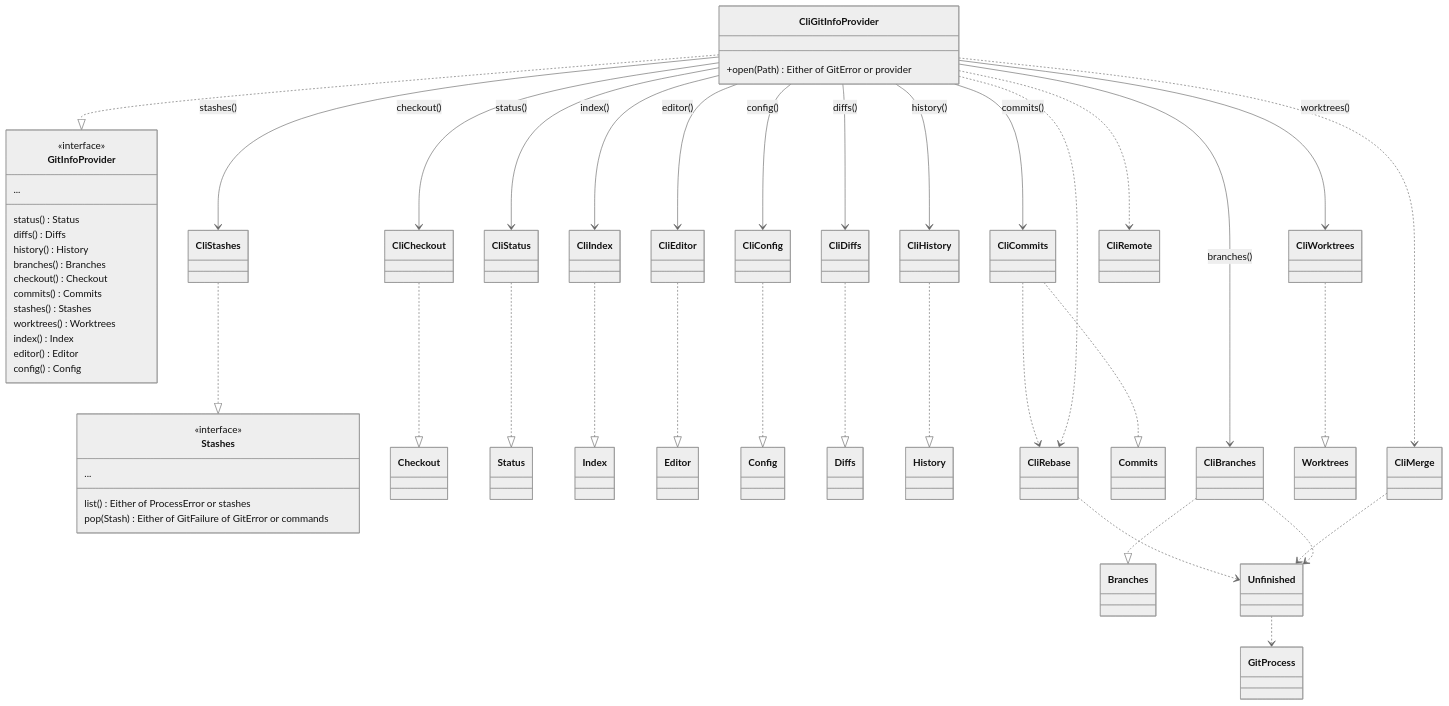
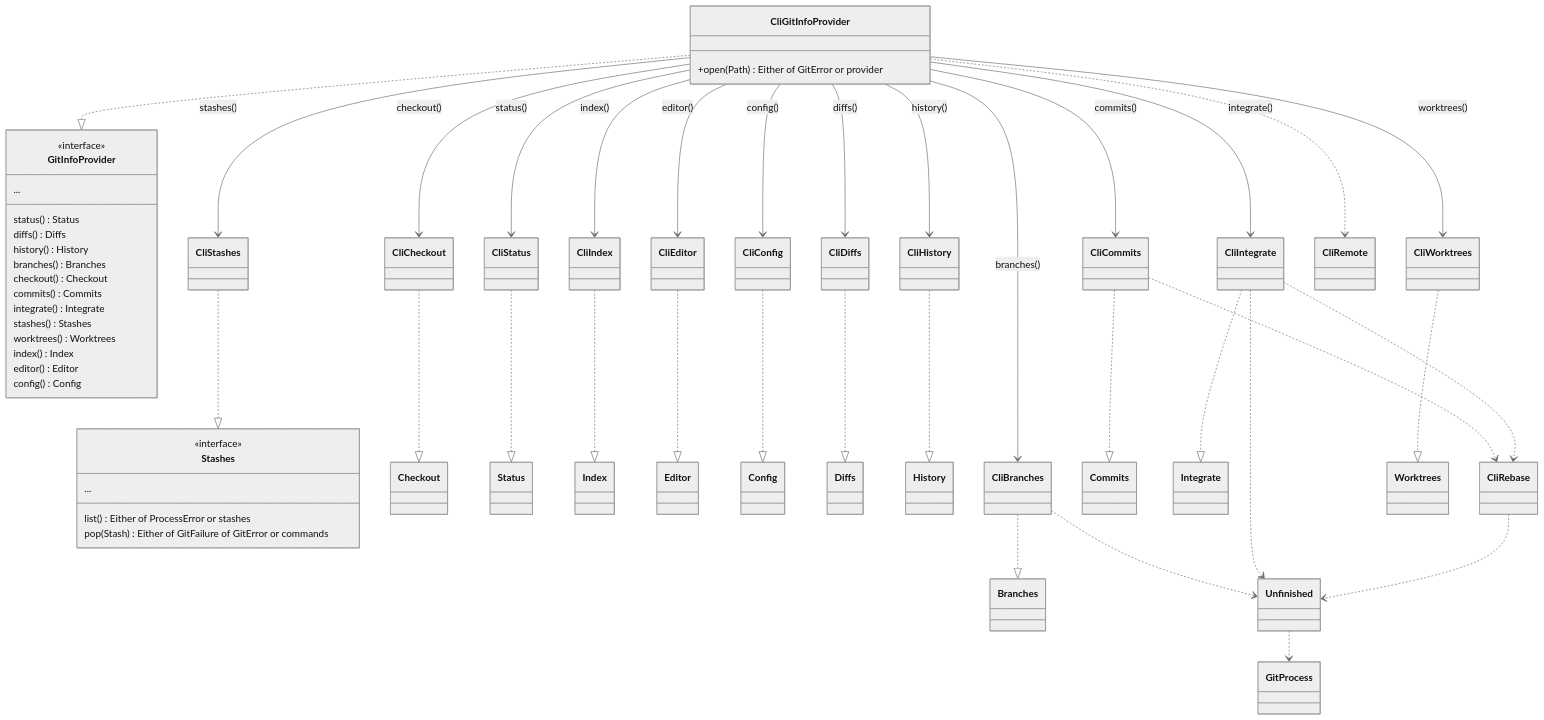
One commit to cvanfleteren/jazygit changed the fourth of 7 diagrams in ARCHITECTURE.md. Above: the diagram before and after it, drawn with Mermaid (neutral theme). The commit also changed other lines of this file and 21 other files, not shown here.

First line of the commit message:
Integrating is a role of its own: Integrate, CliIntegrate, StubIntegrate (#294, 1a, 11/13)

````diff
--- a/ARCHITECTURE.md
+++ b/ARCHITECTURE.md
@@ -832,58 +832,60 @@
 ```mermaid
 classDiagram
     class GitInfoProvider {
         <<interface>>
         status() Status
         diffs() Diffs
         history() History
         branches() Branches
         checkout() Checkout
         commits() Commits
+        integrate() Integrate
         stashes() Stashes
         worktrees() Worktrees
         index() Index
         editor() Editor
         config() Config
         ...
     }
     class CliGitInfoProvider {
         +open(Path) Either of GitError or provider
     }
     class Stashes {
         <<interface>>
         list() Either of ProcessError or stashes
         pop(Stash) Either of GitFailure of GitError or commands
         ...
     }
     CliGitInfoProvider ..|> GitInfoProvider
     CliStashes ..|> Stashes
     CliCheckout ..|> Checkout
     CliStatus ..|> Status
     CliIndex ..|> Index
     CliEditor ..|> Editor
     CliConfig ..|> Config
     CliDiffs ..|> Diffs
     CliHistory ..|> History
     CliBranches ..|> Branches
     CliCommits ..|> Commits
+    CliIntegrate ..|> Integrate
+    CliIntegrate ..> CliRebase
     CliGitInfoProvider --> CliCommits : commits()
     CliCommits ..> CliRebase
     CliGitInfoProvider --> CliEditor : editor()
     CliGitInfoProvider --> CliConfig : config()
     CliWorktrees ..|> Worktrees
     CliGitInfoProvider --> CliWorktrees : worktrees()
     CliGitInfoProvider --> CliStatus : status()
     CliGitInfoProvider --> CliBranches : branches()
     CliGitInfoProvider --> CliHistory : history()
     CliGitInfoProvider --> CliDiffs : diffs()
     CliGitInfoProvider --> CliCheckout : checkout()
     CliGitInfoProvider --> CliIndex : index()
-    CliGitInfoProvider ..> CliMerge
-    CliGitInfoProvider ..> CliRebase
+    CliGitInfoProvider --> CliIntegrate : integrate()
     CliGitInfoProvider --> CliStashes : stashes()
     CliGitInfoProvider ..> CliRemote
     CliRebase ..> Unfinished
-    CliMerge ..> Unfinished
+    CliIntegrate ..> Unfinished
     CliBranches ..> Unfinished
     Unfinished ..> GitProcess
 ```
````
